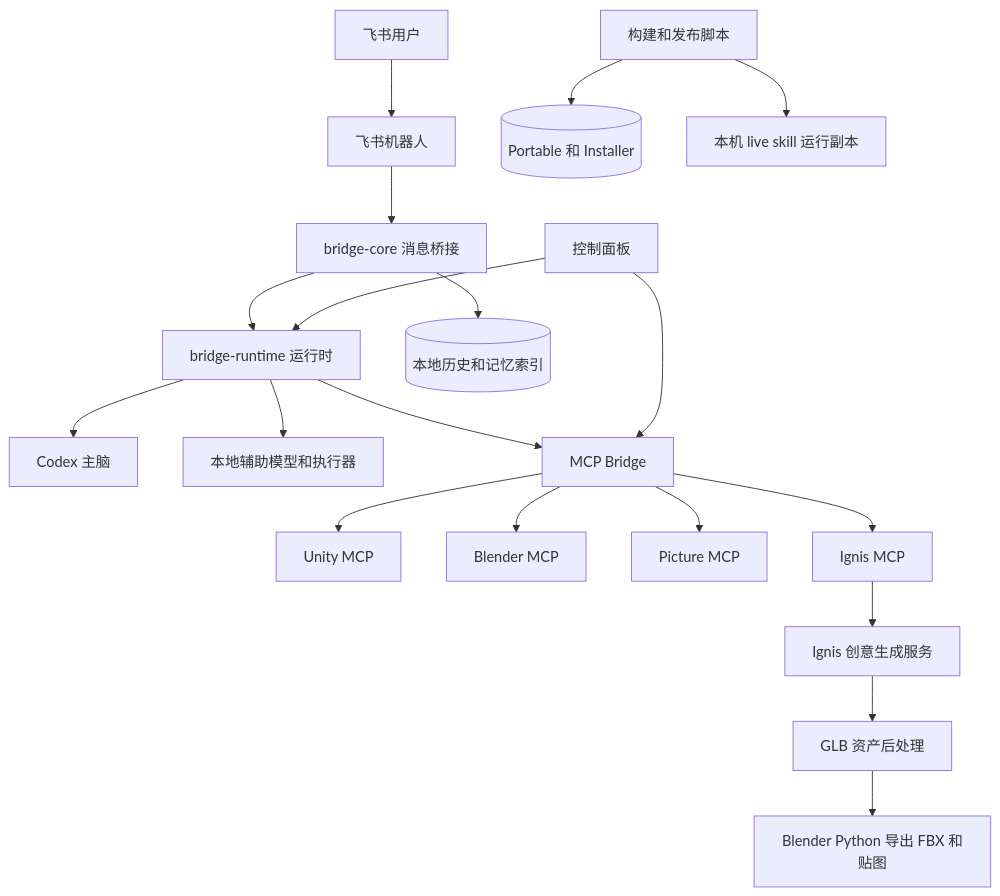
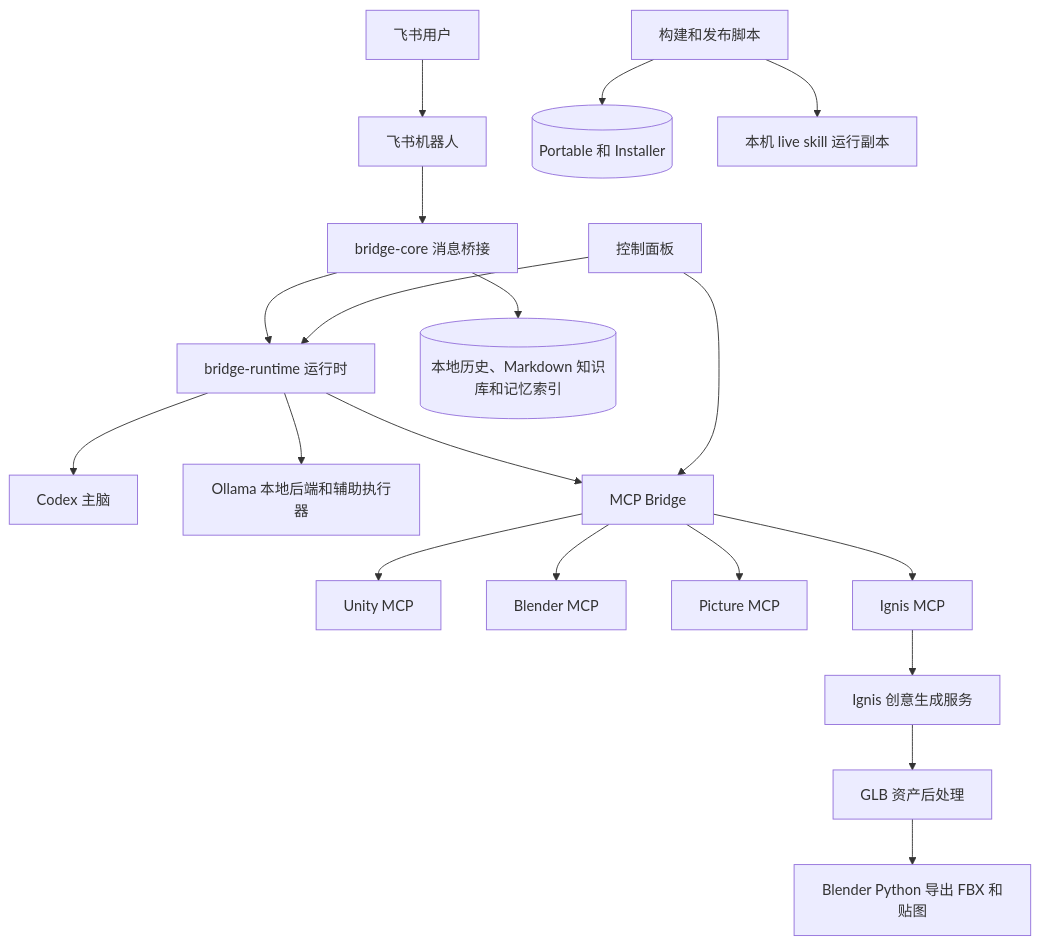
The first of 8 diagrams in release/installer/payload/docs/PROJECT-ARCHITECTURE.md (dddfuxi/codex-im-suite), drawn with Mermaid before and after one commit. The commit also changed other lines of this file and 112 other files, not shown here.

````diff
--- a/release/installer/payload/docs/PROJECT-ARCHITECTURE.md
+++ b/release/installer/payload/docs/PROJECT-ARCHITECTURE.md
@@ -27,21 +27,21 @@
 ```mermaid
 flowchart TD
   FeishuUser[飞书用户] --> FeishuBot[飞书机器人]
   FeishuBot --> BridgeCore[bridge-core 消息桥接]
   BridgeCore --> BridgeRuntime[bridge-runtime 运行时]
   BridgeRuntime --> CodexBrain[Codex 主脑]
-  BridgeRuntime --> LocalHelper[本地辅助模型和执行器]
+  BridgeRuntime --> LocalHelper[Ollama 本地后端和辅助执行器]
   BridgeRuntime --> McpBridge[MCP Bridge]
   McpBridge --> UnityMcp[Unity MCP]
   McpBridge --> BlenderMcp[Blender MCP]
   McpBridge --> PictureMcp[Picture MCP]
   McpBridge --> IgnisMcp[Ignis MCP]
   IgnisMcp --> IgnisCloud[Ignis 创意生成服务]
   IgnisCloud --> AssetPipeline[GLB 资产后处理]
   AssetPipeline --> BlenderCli[Blender Python 导出 FBX 和贴图]
-  BridgeCore --> LocalHistory[(本地历史和记忆索引)]
+  BridgeCore --> LocalHistory[(本地历史、Markdown 知识库和记忆索引)]
   ControlPanel[控制面板] --> BridgeRuntime
   ControlPanel --> McpBridge
   Scripts[构建和发布脚本] --> Release[(Portable 和 Installer)]
   Scripts --> LiveSkill[本机 live skill 运行副本]
 ```
````
